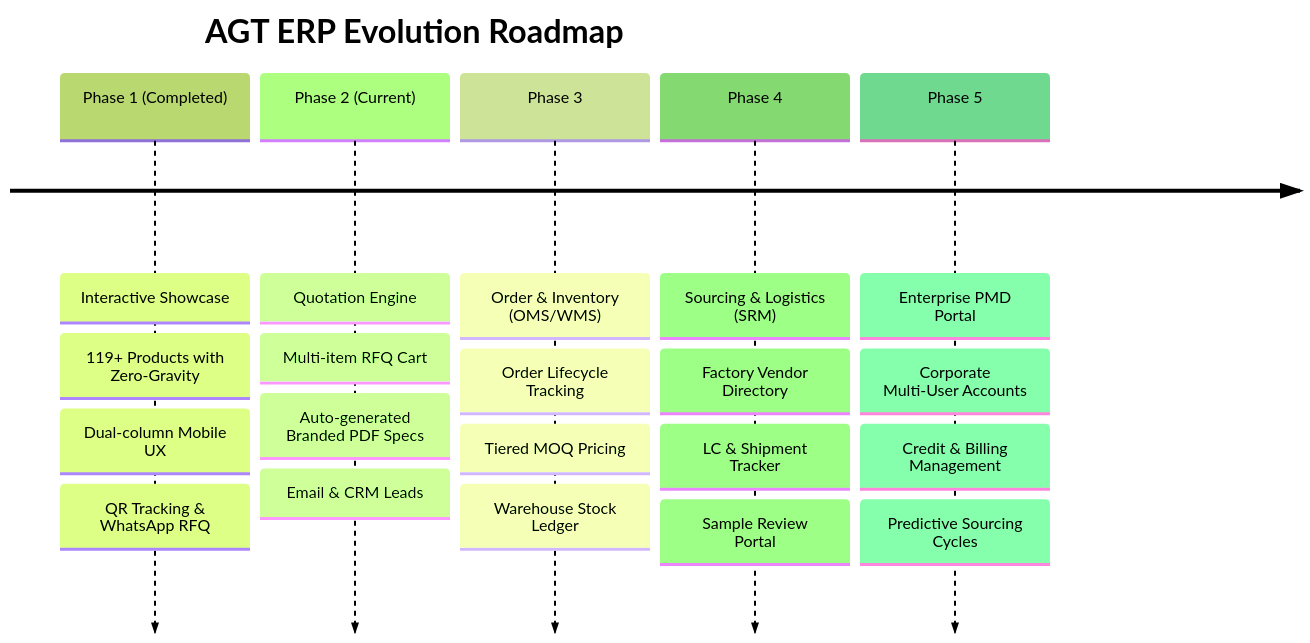
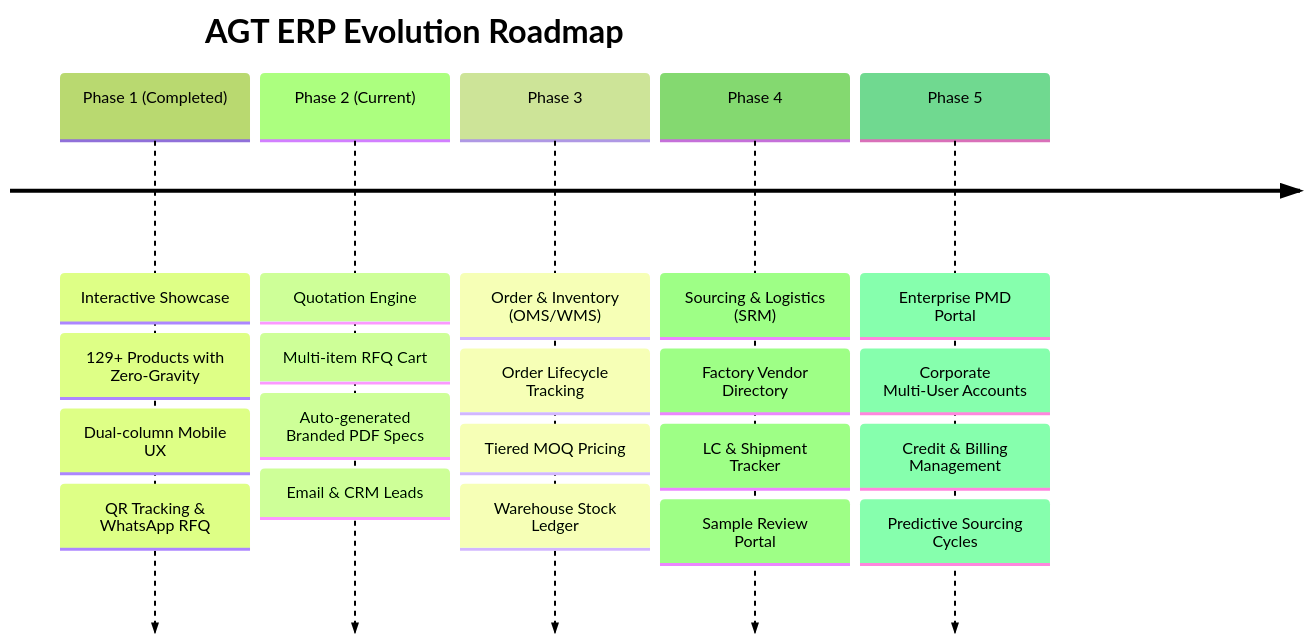
One commit to TalhaTamim45/agt-platform changed the second of 2 diagrams in PROJECT.md. Above: the diagram before and after it, drawn with Mermaid (forest theme). The commit also changed other lines of this file and 12 other files, not shown here.

Commit message:
feat(catalog): add 10 new products (AGT-120 to AGT-129) with clean zero-gravity assets

````diff
--- a/PROJECT.md
+++ b/PROJECT.md
@@ -83,9 +83,9 @@
 ```mermaid
 timeline
     title AGT ERP Evolution Roadmap
-    Phase 1 (Completed) : Interactive Showcase : 119+ Products with Zero-Gravity : Dual-column Mobile UX : QR Tracking & WhatsApp RFQ
+    Phase 1 (Completed) : Interactive Showcase : 129+ Products with Zero-Gravity : Dual-column Mobile UX : QR Tracking & WhatsApp RFQ
     Phase 2 (Current) : Quotation Engine : Multi-item RFQ Cart : Auto-generated Branded PDF Specs : Email & CRM Leads
     Phase 3 : Order & Inventory (OMS/WMS) : Order Lifecycle Tracking : Tiered MOQ Pricing : Warehouse Stock Ledger
     Phase 4 : Sourcing & Logistics (SRM) : Factory Vendor Directory : LC & Shipment Tracker : Sample Review Portal
     Phase 5 : Enterprise PMD Portal : Corporate Multi-User Accounts : Credit & Billing Management : Predictive Sourcing Cycles
 ```
````
